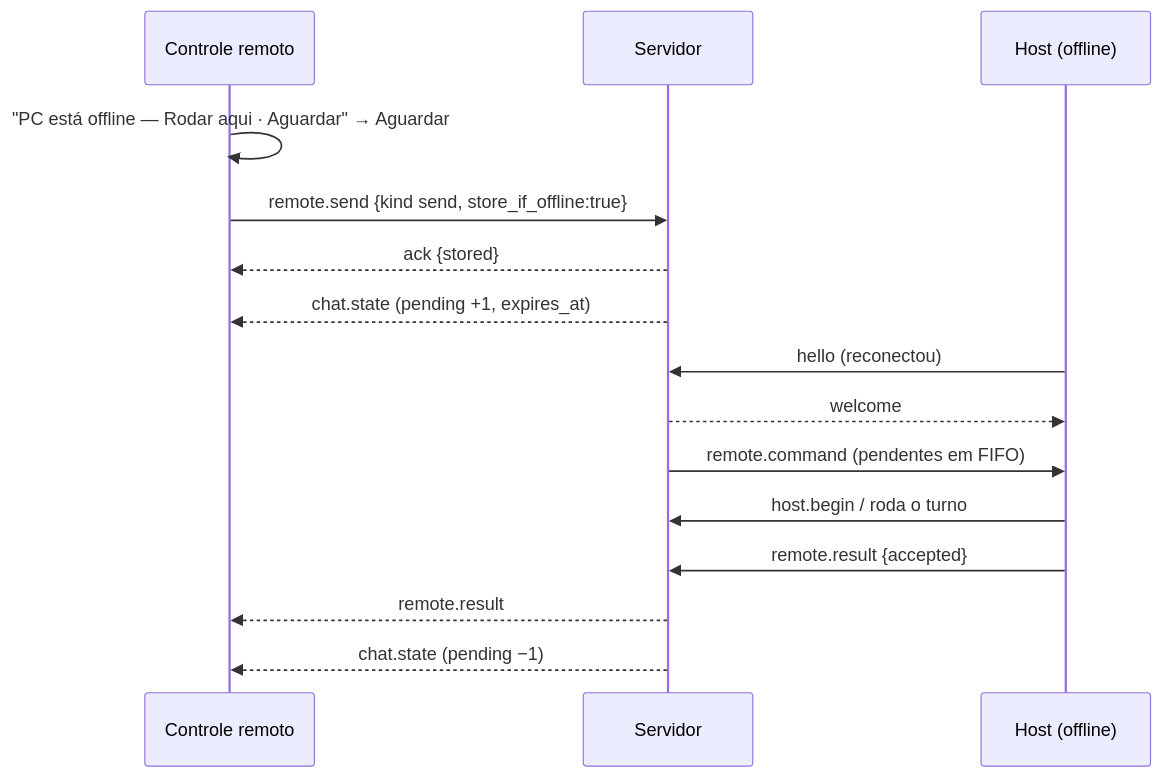
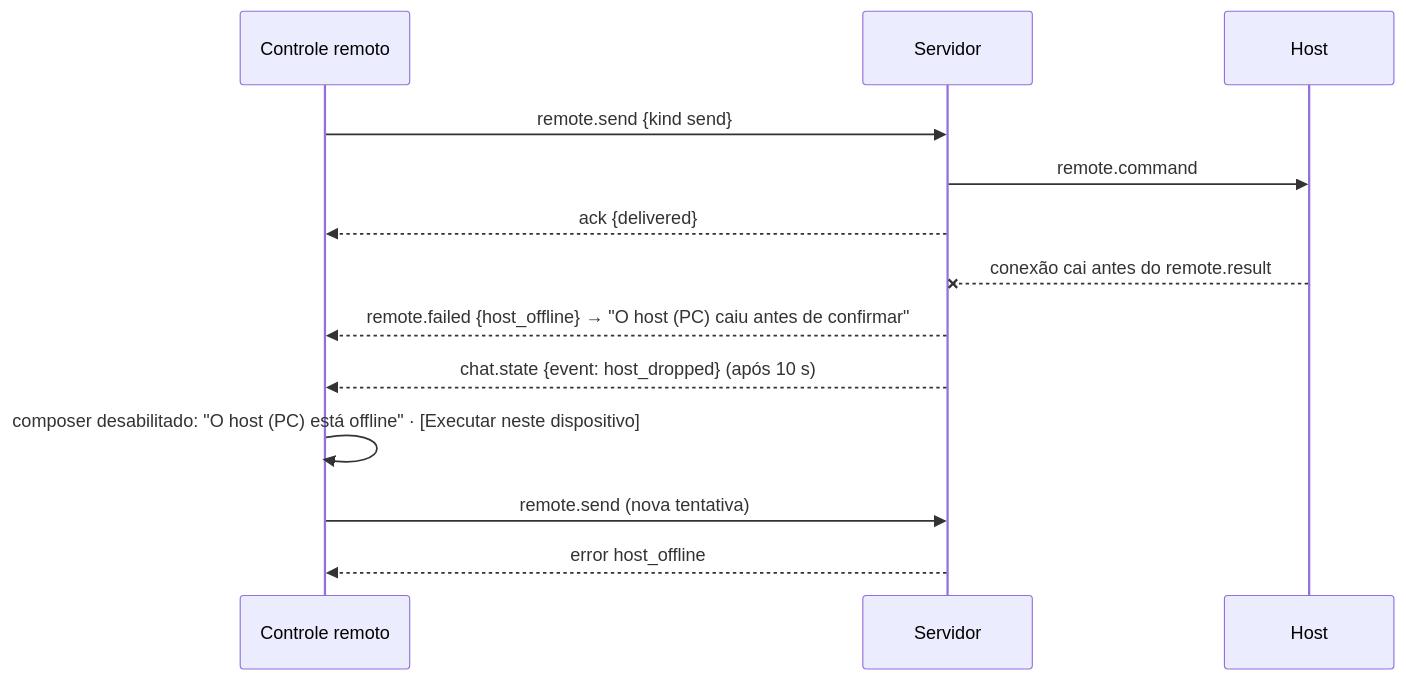
The ninth of 16 diagrams in docs/SYNC_PROTOCOL.md (ezenere/ClearChatWebsite), drawn with Mermaid before and after one commit. The commit also changed other lines of this file and 2 other files, not shown here.

First line of the commit message:
Sync v1: descartar a versão não escolhida na divergência, sem fila offline de comandos, Nginx local

````diff
--- a/docs/SYNC_PROTOCOL.md
+++ b/docs/SYNC_PROTOCOL.md
@@ -1479,17 +1481,15 @@
 ```mermaid
 sequenceDiagram
     participant R as Controle remoto
     participant S as Servidor
-    participant H as Host (offline)
-    R->>R: "PC está offline — Rodar aqui · Aguardar" → Aguardar
-    R->>S: remote.send {kind send, store_if_offline:true}
-    S-->>R: ack {stored}
-    S-->>R: chat.state (pending +1, expires_at)
-    H->>S: hello (reconectou)
-    S-->>H: welcome
-    S->>H: remote.command (pendentes em FIFO)
-    H->>S: host.begin / roda o turno
-    H->>S: remote.result {accepted}
-    S-->>R: remote.result
-    S-->>R: chat.state (pending −1)
+    participant H as Host
+    R->>S: remote.send {kind send}
+    S->>H: remote.command
+    S-->>R: ack {delivered}
+    H--xS: conexão cai antes do remote.result
+    S-->>R: remote.failed {host_offline} → "O host (PC) caiu antes de confirmar"
+    S-->>R: chat.state {event: host_dropped} (após 10 s)
+    R->>R: composer desabilitado: "O host (PC) está offline" · [Executar neste dispositivo]
+    R->>S: remote.send (nova tentativa)
+    S-->>R: error host_offline
 ```
````
